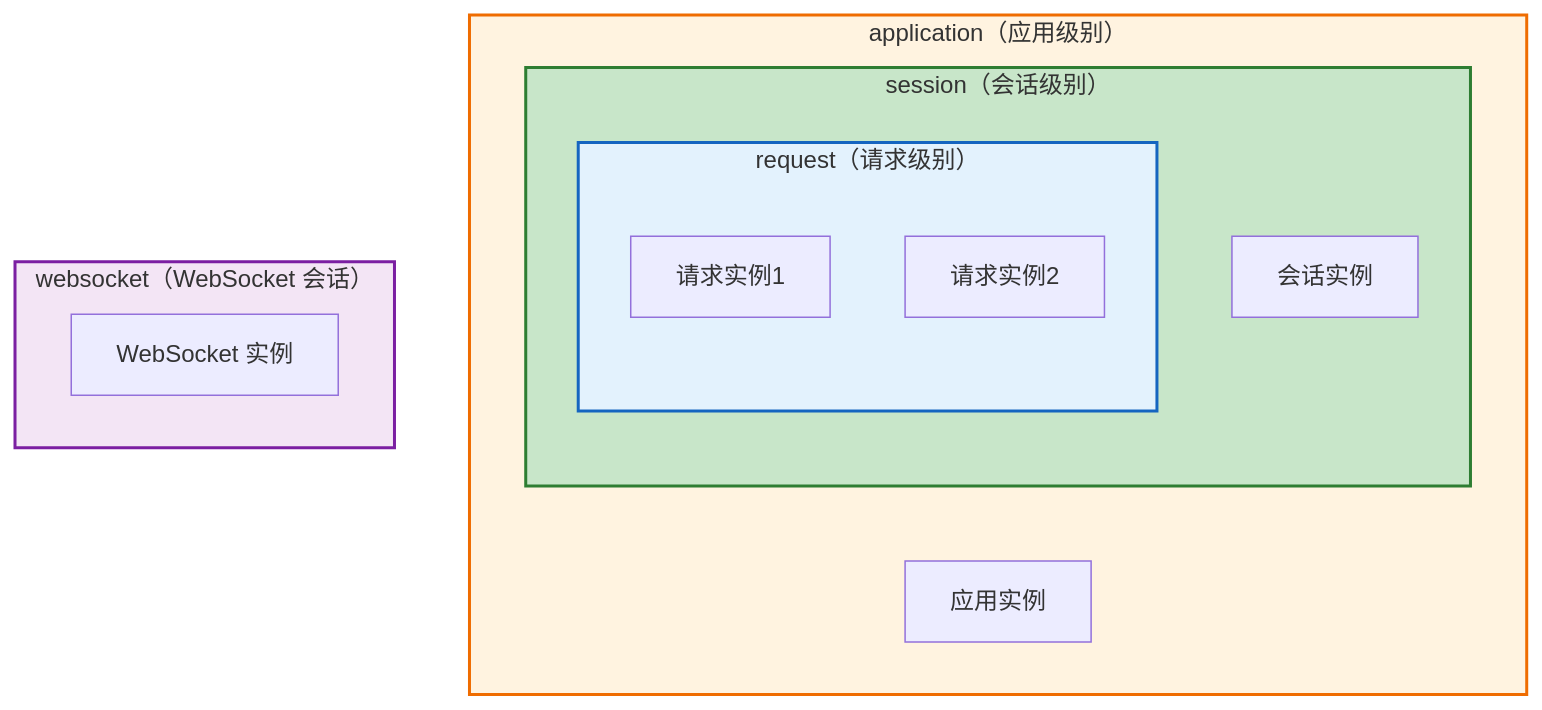
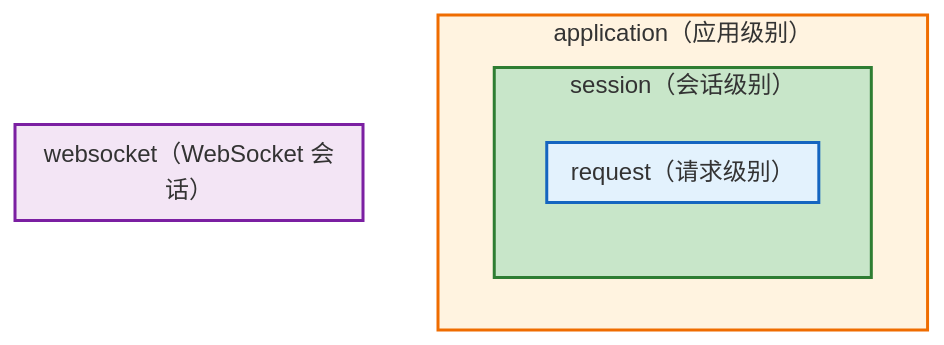
One commit to watslab/interview_doc changed the third of 6 diagrams in Spring Bean 作用域详解.md. Above: the diagram before and after it, drawn with Mermaid. The commit also changed other lines of this file, not shown here.

Commit message:
更新技术文档 - Spring Bean 作用域详解.md：简化 Web 作用域图表

````diff
--- a/Spring Bean 作用域详解.md
+++ b/Spring Bean 作用域详解.md
@@ -81,22 +81,17 @@
 ```mermaid
 flowchart TB
     subgraph Application["application（应用级别）"]
         subgraph Session["session（会话级别）"]
             subgraph Request["request（请求级别）"]
-                R1["请求实例1"]
-                R2["请求实例2"]
             end
-            S1["会话实例"]
         end
-        A1["应用实例"]
     end
     
     subgraph WebSocket["websocket（WebSocket 会话）"]
-        W1["WebSocket 实例"]
     end
     
     style Application fill:#fff3e0,stroke:#ef6c00,stroke-width:2px
     style Session fill:#c8e6c9,stroke:#2e7d32,stroke-width:2px
     style Request fill:#e3f2fd,stroke:#1565c0,stroke-width:2px
     style WebSocket fill:#f3e5f5,stroke:#7b1fa2,stroke-width:2px
 ```
````
